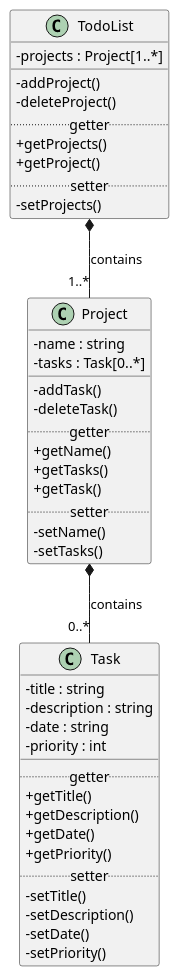
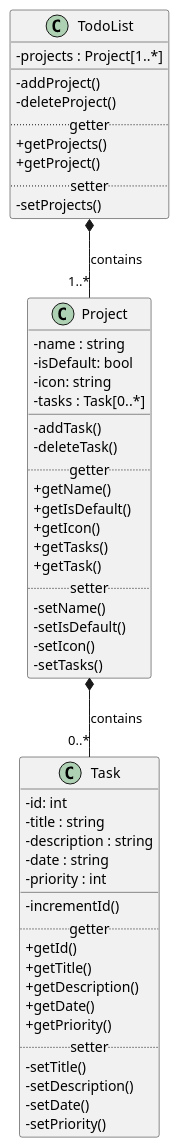
One commit to fahryanputra/todo-list-app changed the diagram in puml/todo-list-app.puml. Above: the diagram before and after it, drawn with PlantUML. The commit also changed 4 other files, not shown here.

```diff
--- a/puml/todo-list-app.puml
+++ b/puml/todo-list-app.puml
@@ -1,54 +1,63 @@
 @startuml todo-list-app
 
 skinparam classAttributeIconSize 0
 
 Project *-- "0..*" Task : contains
 TodoList *-- "1..*" Project : contains
 
 
 class Task {
+    -id: int
     -title : string
     -description : string
     -date : string
     -priority : int
     __
+    -incrementId()
     .. getter ..
+    +getId()
     +getTitle()
     +getDescription()
     +getDate()
     +getPriority()
     .. setter ..
     -setTitle()
     -setDescription()
     -setDate()
     -setPriority()
 }
 
 class Project {
     -name : string
+    -isDefault: bool
+    -icon: string
     -tasks : Task[0..*]
     __
     -addTask()
     -deleteTask()
     .. getter ..
     +getName()
+    +getIsDefault()
+    +getIcon()
     +getTasks()
     +getTask()
     .. setter ..
     -setName()
+    -setIsDefault()
+    -setIcon()
     -setTasks()
 }
 
 class TodoList {
     -projects : Project[1..*]
     __
     -addProject()
     -deleteProject()
     .. getter ..
     +getProjects()
     +getProject()
     .. setter ..
     -setProjects()
 }
 
 @enduml
```
